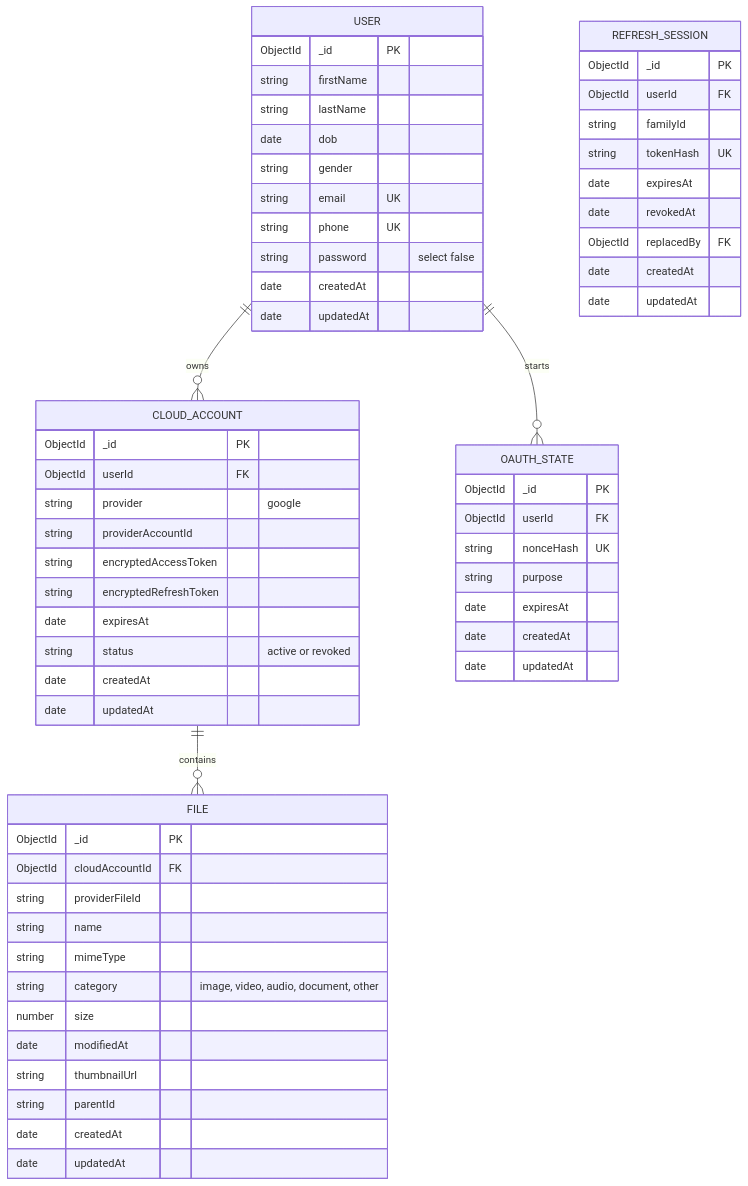
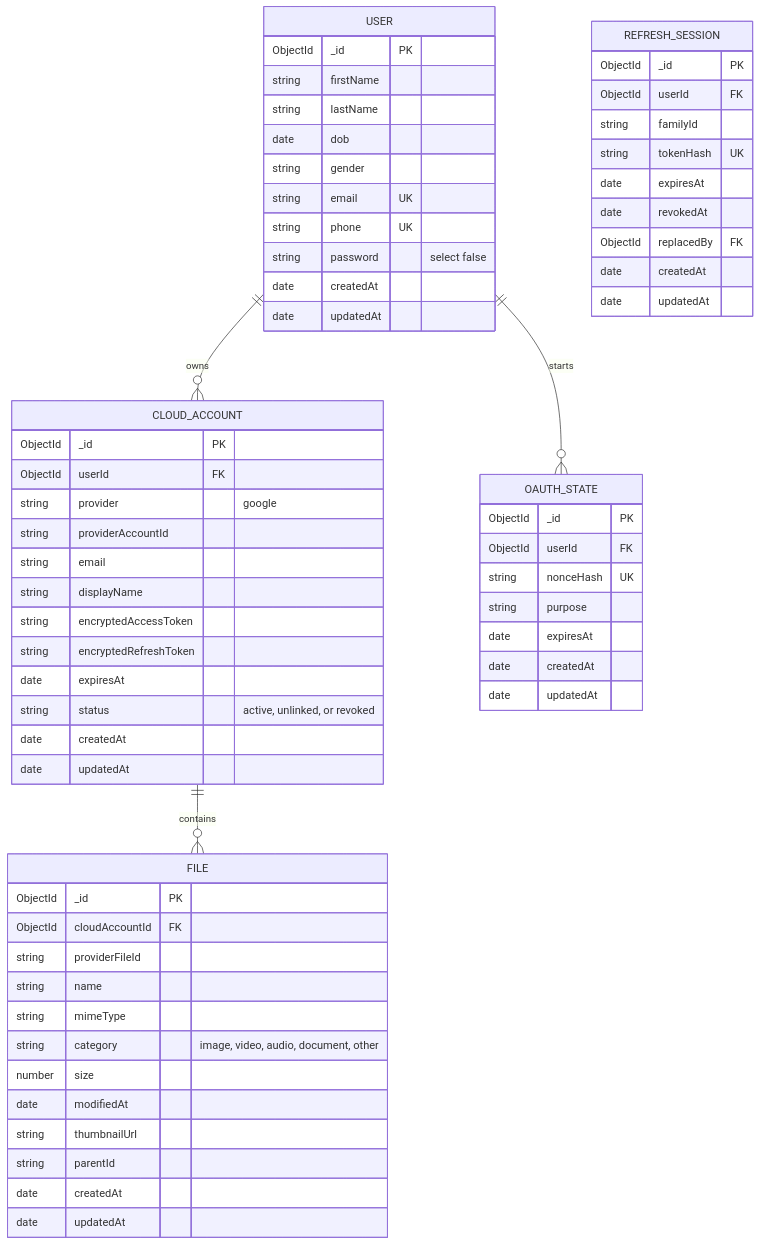
The third of 3 diagrams in architecture.md (AhamedSaifullah/my-drive-nest), drawn with Mermaid before and after one commit. The commit also changed other lines of this file and 7 other files, not shown here.

Commit message:
Token revoked at Google, status set to unlinked,remove-synced-files

````diff
--- a/architecture.md
+++ b/architecture.md
@@ -154,69 +154,71 @@
 ```mermaid
 erDiagram
   USER ||--o{ CLOUD_ACCOUNT : owns
   CLOUD_ACCOUNT ||--o{ FILE : contains
   USER ||--o{ OAUTH_STATE : starts
 
   USER {
     ObjectId _id PK
     string firstName
     string lastName
     date dob
     string gender
     string email UK
     string phone UK
     string password "select false"
     date createdAt
     date updatedAt
   }
 
   CLOUD_ACCOUNT {
     ObjectId _id PK
     ObjectId userId FK
     string provider "google"
     string providerAccountId
+    string email
+    string displayName
     string encryptedAccessToken
     string encryptedRefreshToken
     date expiresAt
-    string status "active or revoked"
+    string status "active, unlinked, or revoked"
     date createdAt
     date updatedAt
   }
 
   FILE {
     ObjectId _id PK
     ObjectId cloudAccountId FK
     string providerFileId
     string name
     string mimeType
     string category "image, video, audio, document, other"
     number size
     date modifiedAt
     string thumbnailUrl
     string parentId
     date createdAt
     date updatedAt
   }
 
   REFRESH_SESSION {
     ObjectId _id PK
     ObjectId userId FK
     string familyId
     string tokenHash UK
     date expiresAt
     date revokedAt
     ObjectId replacedBy FK
     date createdAt
     date updatedAt
   }
 
   OAUTH_STATE {
     ObjectId _id PK
     ObjectId userId FK
     string nonceHash UK
     string purpose
     date expiresAt
     date createdAt
     date updatedAt
   }
 ```
````
